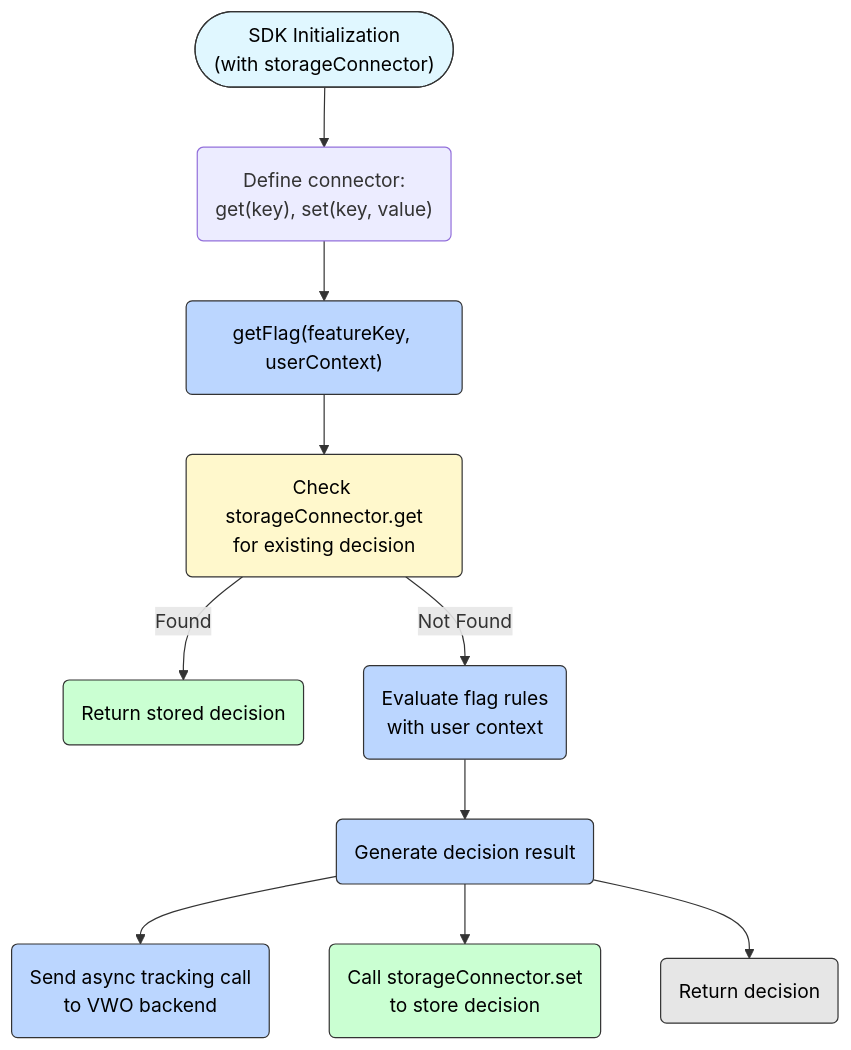
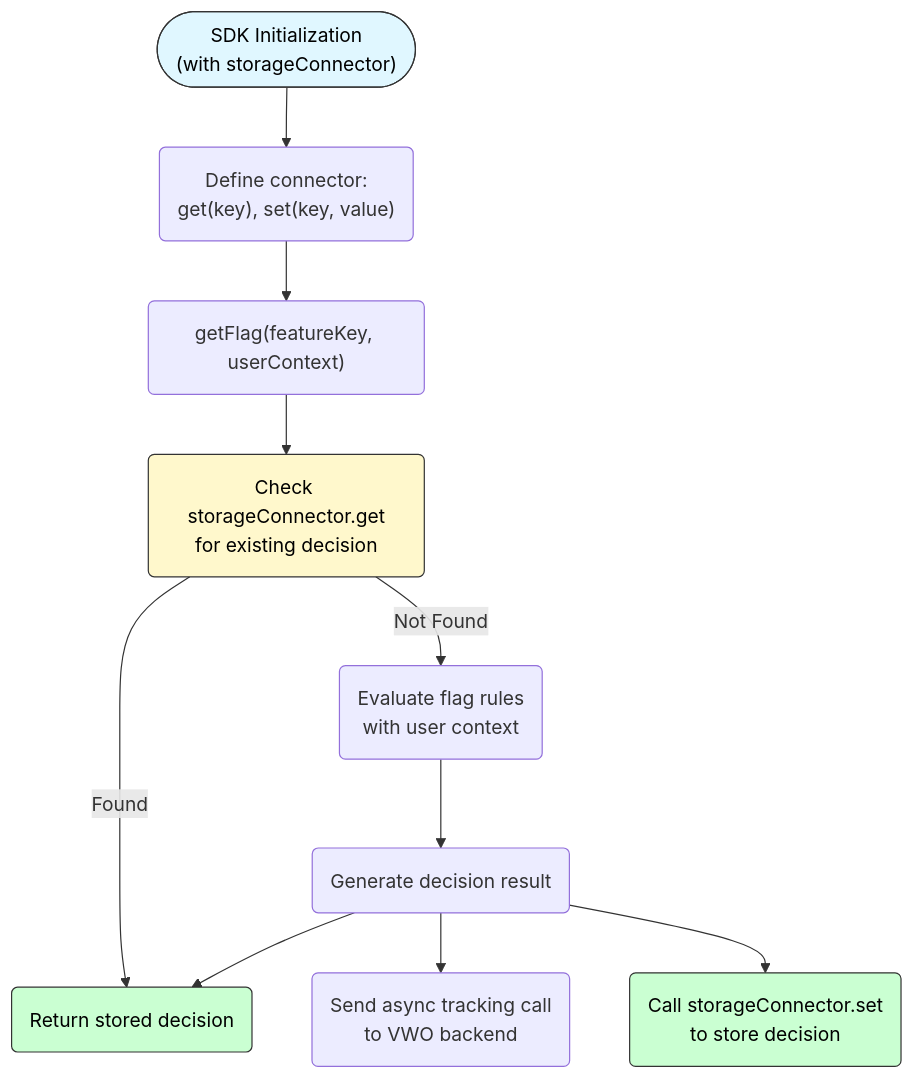
One commit to wingify/readme-central changed the third of 3 diagrams in docs/SDK Reference/fme-sdks-working.md. Above: the diagram before and after it, drawn with Mermaid.

Commit message:
Update doc `fme-sdks-working`

````diff
--- a/docs/SDK Reference/fme-sdks-working.md
+++ b/docs/SDK Reference/fme-sdks-working.md
@@ -155,33 +155,29 @@
 ```mermaid
 flowchart TD
     A0(["SDK Initialization<br/>(with storageConnector)"]) --> A1("Define connector:<br/>get(key), set(key, value)")
 
     A2("getFlag(featureKey, userContext)") --> B1("Check storageConnector.get<br/>for existing decision")
     
     B1 -->|Found| B2("Return stored decision")
     
     B1 -->|Not Found| C1("Evaluate flag rules<br/>with user context")
     C1 --> C2("Generate decision result")
     C2 --> C3("Send async tracking call<br/>to VWO backend")
     C2 --> C4("Call storageConnector.set<br/>to store decision")
-    C2 --> C5("Return decision")
+    C2 --> B2
 
     A1 --> A2
 
     %% Assign classes to nodes
     class A0 init
     class A2 api
     class B1 conditional
     class B2 cached
-    class C1,C2,C3 api
     class C4 cached
-    class C5 result
 
     %% Define styles for light and dark themes
     classDef init fill:#e0f7ff,stroke:#333,stroke-width:1px,color:#000
-    classDef api fill:#bbd6ff,stroke:#333,stroke-width:1px,color:#000
     classDef conditional fill:#fff8cc,stroke:#333,stroke-width:1px,color:#000
     classDef cached fill:#caffd2,stroke:#333,stroke-width:1px,color:#000
-    classDef result fill:#e6e6e6,stroke:#333,stroke-width:1px,color:#000
 
 ```
````
